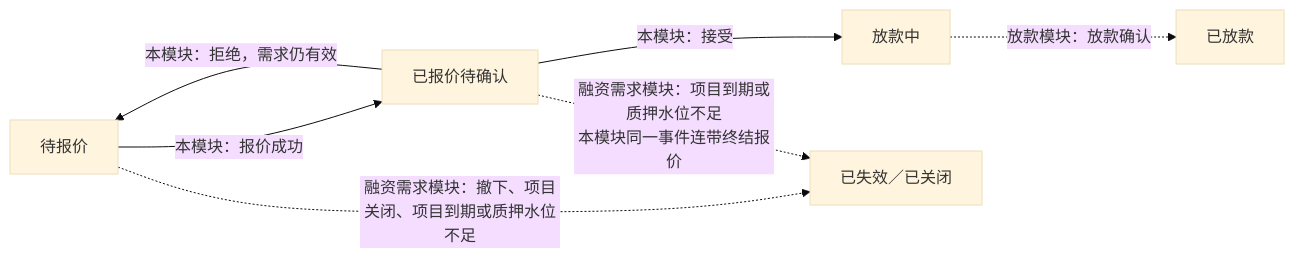
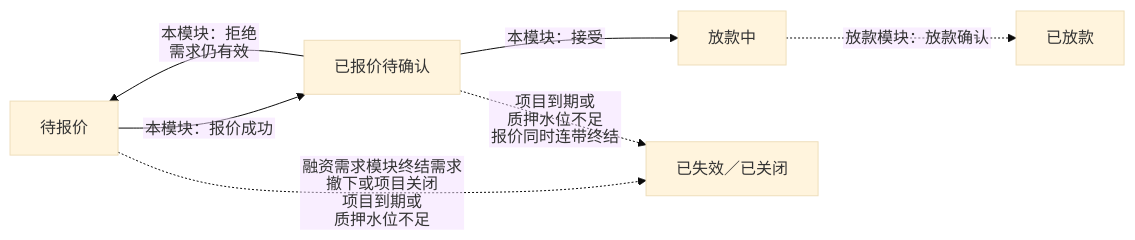
The eighth of 8 diagrams in lending-platform/PRD/面客端/06-借贷广场-授信报价与接受拒绝/02-授信报价与接受拒绝-流程图与状态机.md (wxblockchain/Chain-Financing), drawn with Mermaid (base theme) before and after one commit. The commit also changed other lines of this file, not shown here.

First line of the commit message:
docs(WS-375): keep every flowchart label fully visible

````diff
--- a/lending-platform/PRD/面客端/06-借贷广场-授信报价与接受拒绝/02-授信报价与接受拒绝-流程图与状态机.md
+++ b/lending-platform/PRD/面客端/06-借贷广场-授信报价与接受拒绝/02-授信报价与接受拒绝-流程图与状态机.md
@@ -177,9 +194,10 @@
 ```mermaid
+%%{init: {"flowchart": {"htmlLabels": false}}}%%
 flowchart LR
   A["待报价"] -->|"本模块：报价成功"| B["已报价待确认"]
   B -->|"本模块：接受"| C["放款中"]
-  B -->|"本模块：拒绝，需求仍有效"| A
-  A -. "融资需求模块：撤下、项目关闭、项目到期或质押水位不足" .-> E["已失效／已关闭"]
-  B -. "融资需求模块：项目到期或质押水位不足<br/>本模块同一事件连带终结报价" .-> E
+  B -->|"本模块：拒绝<br/>需求仍有效"| A
+  A -. "融资需求模块终结需求<br/>撤下或项目关闭<br/>项目到期或<br/>质押水位不足" .-> E["已失效／已关闭"]
+  B -. "项目到期或<br/>质押水位不足<br/>报价同时连带终结" .-> E
   C -. "放款模块：放款确认" .-> D["已放款"]
 ```
````
